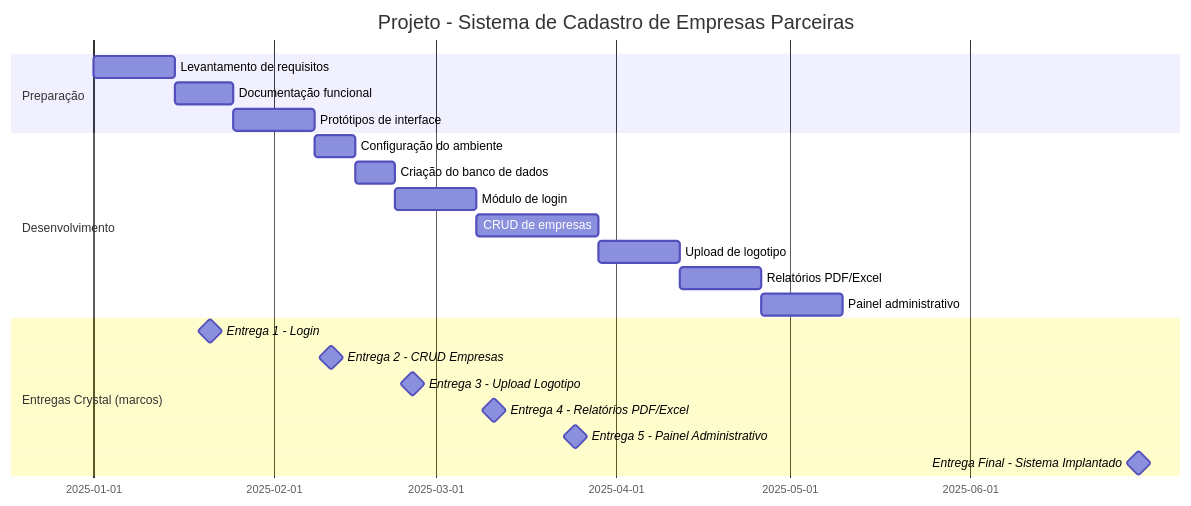
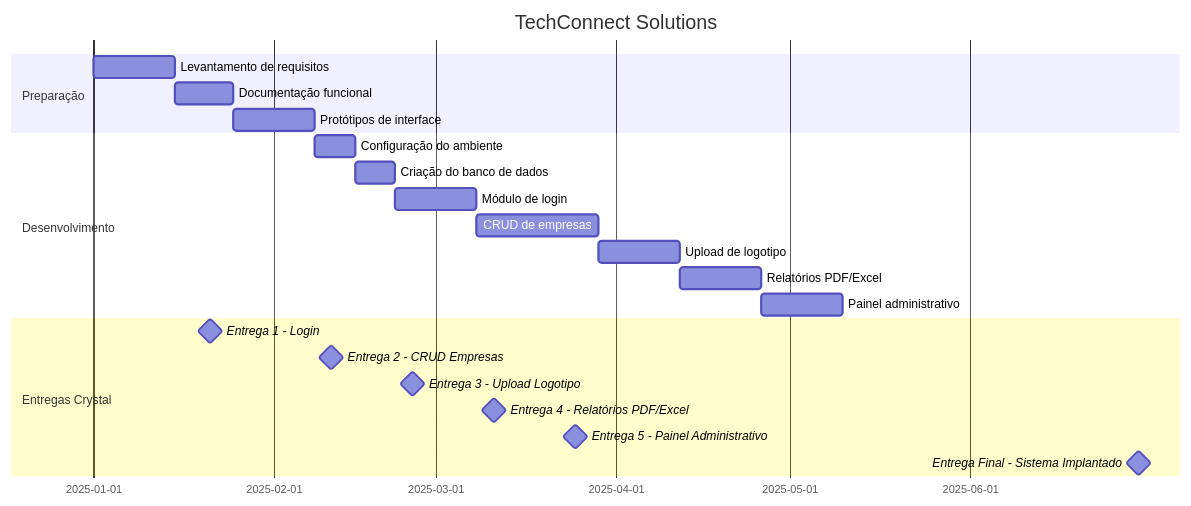
The diagram in README.md (samsesz/att-avaliativa-gantt), drawn with Mermaid before and after one commit. The commit also changed other lines of this file, not shown here.

````diff
--- a/README.md
+++ b/README.md
@@ -3,28 +3,28 @@
 ```mermaid
 gantt
-title Projeto - Sistema de Cadastro de Empresas Parceiras
+title TechConnect Solutions
 dateFormat YYYY-MM-DD
 
 section Preparação
 Levantamento de requisitos :a1, 2025-01-01, 14d
 Documentação funcional :a2, after a1, 10d
 Protótipos de interface :a3, after a2, 14d
 
 section Desenvolvimento
 Configuração do ambiente :b1, after a3, 7d
 Criação do banco de dados :b2, after b1, 7d
 Módulo de login :b3, after b2, 14d
 CRUD de empresas :b4, after b3, 21d
 Upload de logotipo :b5, after b4, 14d
 Relatórios PDF/Excel :b6, after b5, 14d
 Painel administrativo :b7, after b6, 14d
 
-section Entregas Crystal (marcos)
+section Entregas Crystal
 Entrega 1 - Login :milestone, m1, 2025-01-21, 0d
 Entrega 2 - CRUD Empresas :milestone, m2, 2025-02-11, 0d
 Entrega 3 - Upload Logotipo :milestone, m3, 2025-02-25, 0d
 Entrega 4 - Relatórios PDF/Excel :milestone, m4, 2025-03-11, 0d
 Entrega 5 - Painel Administrativo :milestone, m5, 2025-03-25, 0d
 Entrega Final - Sistema Implantado:milestone, m6, 2025-06-30, 0d
 
 ```
````
